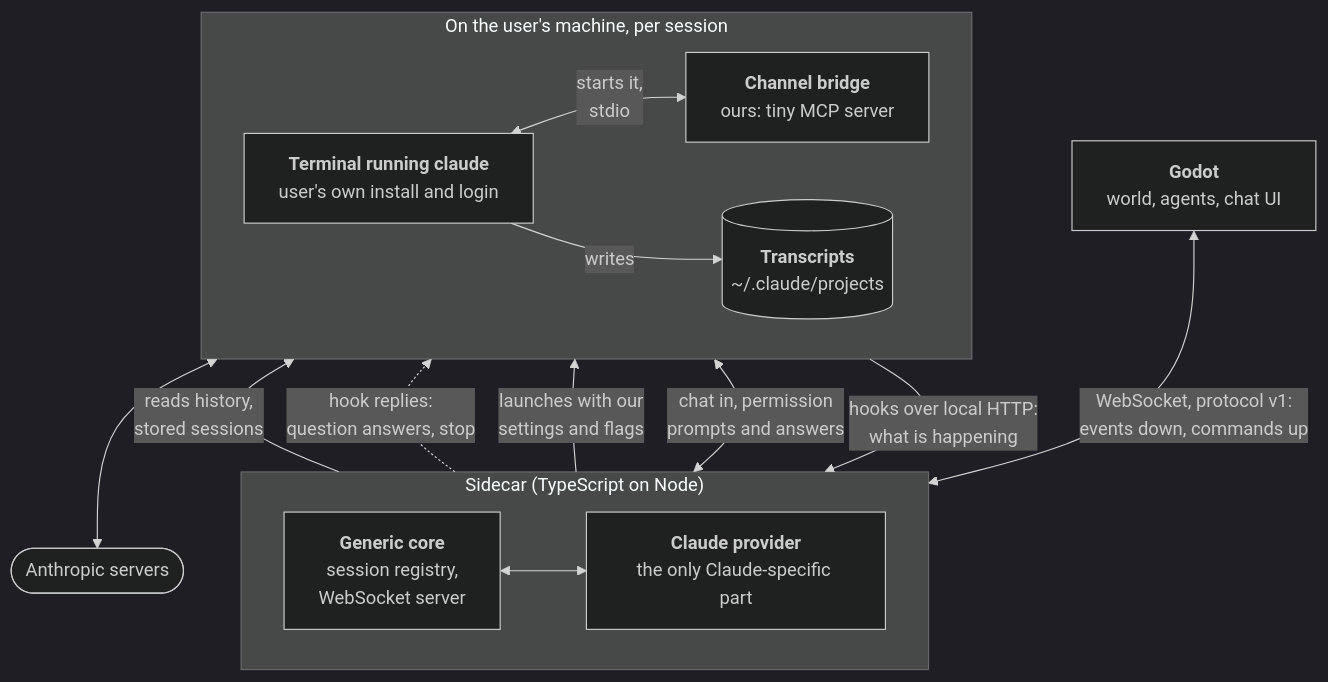
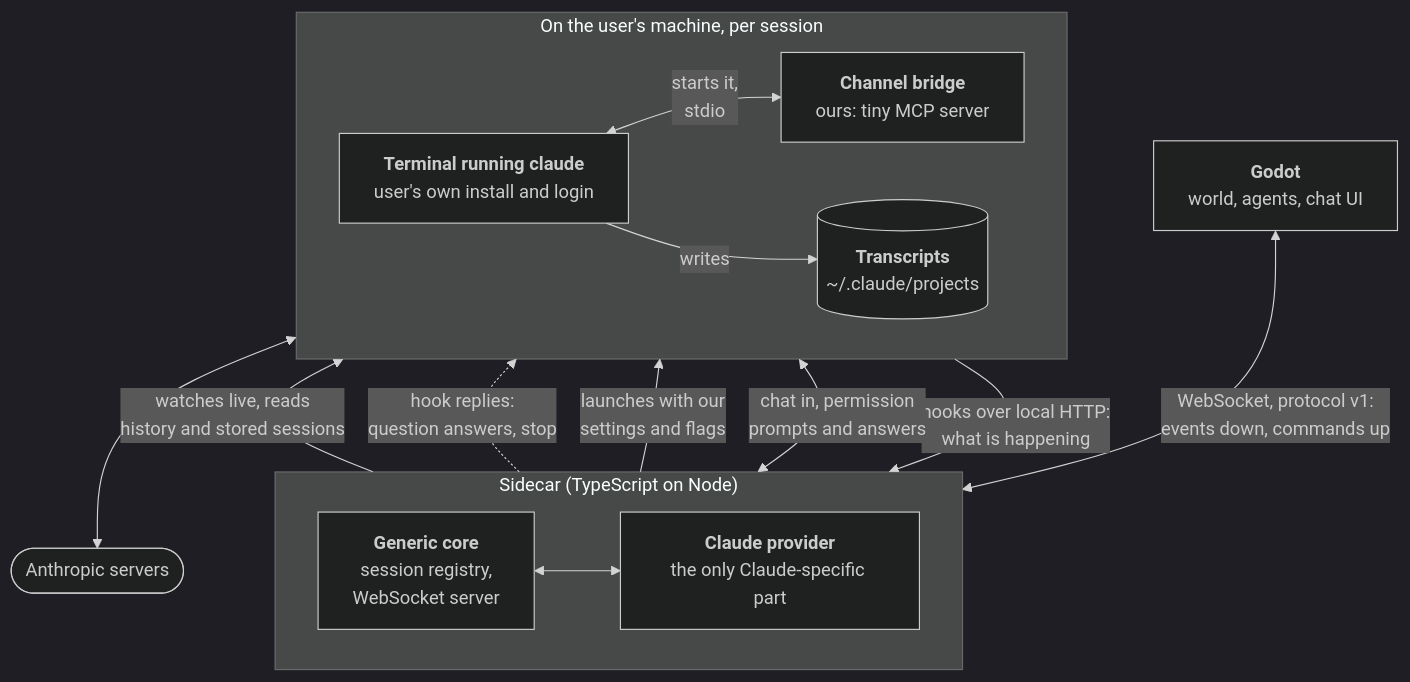
The diagram in NOTES.md (PaoloPortugal/The-Beach), drawn with Mermaid (dark theme) before and after one commit. The commit also changed other lines of this file and 4 other files, not shown here.

````diff
--- a/NOTES.md
+++ b/NOTES.md
@@ -112,30 +112,30 @@
 ```mermaid
 flowchart TB
     godot["<b>Godot</b><br/>world, agents, chat UI"]
 
     subgraph sidecar["Sidecar (TypeScript on Node)"]
         direction LR
         core["<b>Generic core</b><br/>session registry,<br/>WebSocket server"]
         provider["<b>Claude provider</b><br/>the only Claude-specific part"]
         core <--> provider
     end
 
     subgraph machine["On the user's machine, per session"]
         direction LR
         bridge["<b>Channel bridge</b><br/>ours: tiny MCP server"]
         term["<b>Terminal running claude</b><br/>user's own install and login"]
         store[("<b>Transcripts</b><br/>~/.claude/projects")]
         term <-->|"starts it,<br/>stdio"| bridge
         term -->|writes| store
     end
 
     anthropic(["Anthropic servers"])
 
     godot <-->|"WebSocket, protocol v1:<br/>events down, commands up"| core
     provider -->|"launches with our<br/>settings and flags"| term
     term -->|"hooks over local HTTP:<br/>what is happening"| provider
     provider -.->|"hook replies:<br/>question answers, stop"| term
     bridge <-->|"chat in, permission<br/>prompts and answers"| provider
-    provider -->|"reads history,<br/>stored sessions"| store
+    provider -->|"watches live, reads<br/>history and stored sessions"| store
     term <--> anthropic
 ```
````
